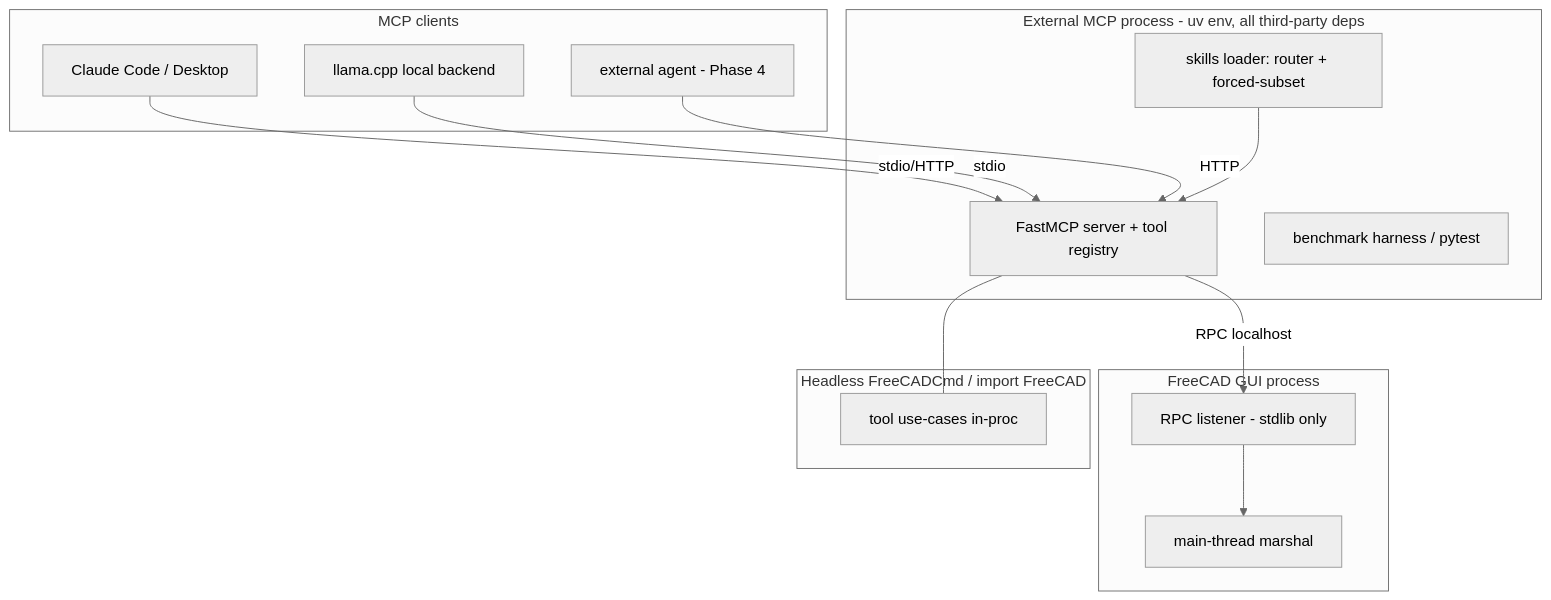
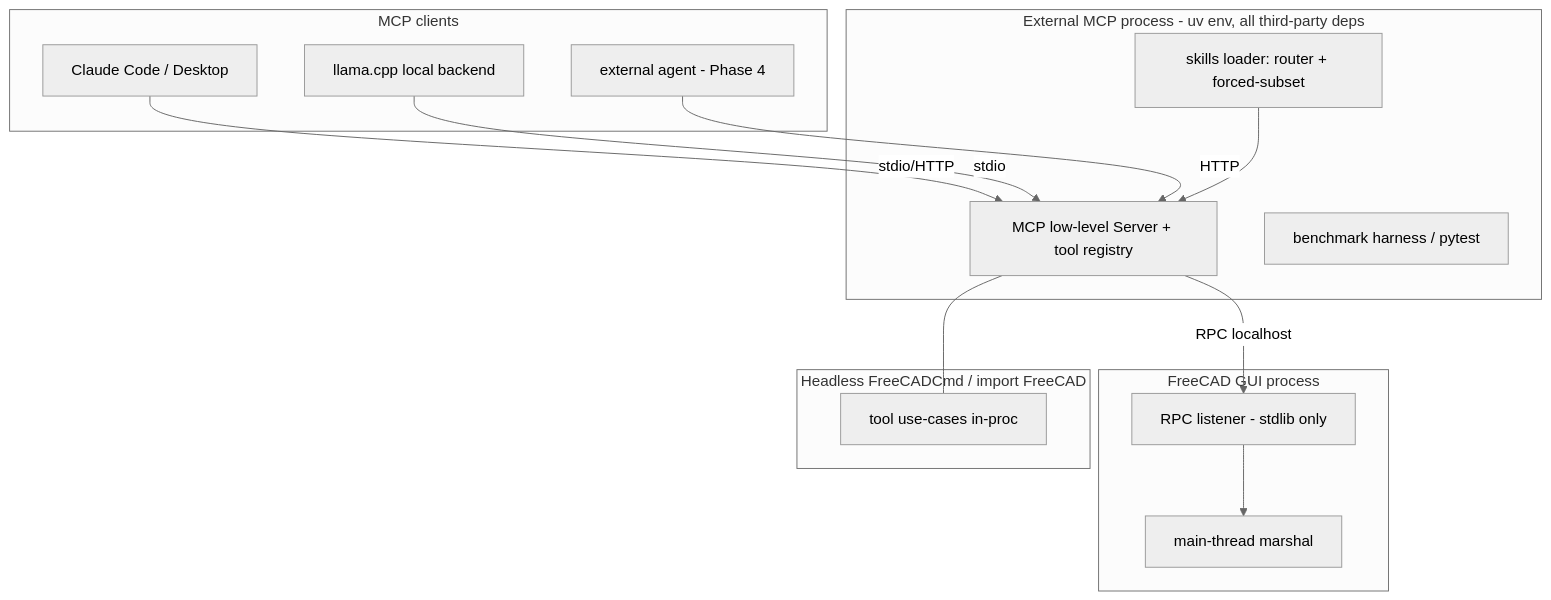
The second of 2 diagrams in _bmad-output/planning-artifacts/architecture/architecture-freecad-buddy-2026-07-21/ARCHITECTURE-SPINE.md (robotics-playground/freecad-buddy), drawn with Mermaid (neutral theme) before and after one commit. The commit also changed other lines of this file and 37 other files, not shown here.

````diff
--- a/_bmad-output/planning-artifacts/architecture/architecture-freecad-buddy-2026-07-21/ARCHITECTURE-SPINE.md
+++ b/_bmad-output/planning-artifacts/architecture/architecture-freecad-buddy-2026-07-21/ARCHITECTURE-SPINE.md
@@ -262,26 +304,26 @@
 ```mermaid
 graph TB
   subgraph clients [MCP clients]
     cc[Claude Code / Desktop]
     local[llama.cpp local backend]
     a2a[external agent - Phase 4]
   end
   subgraph mcpproc [External MCP process - uv env, all third-party deps]
-    fast[FastMCP server + tool registry]
+    fast[MCP low-level Server + tool registry]
     harness[benchmark harness / pytest]
     skills[skills loader: router + forced-subset]
   end
   subgraph fcgui [FreeCAD GUI process]
     listener[RPC listener - stdlib only]
     marshal[main-thread marshal]
   end
   subgraph fccmd [Headless FreeCADCmd / import FreeCAD]
     core2[tool use-cases in-proc]
   end
   cc -- stdio/HTTP --> fast
   local -- stdio --> fast
   a2a -- HTTP --> fast
   fast -- RPC localhost --> listener --> marshal
   fast --- core2
   skills --> fast
 ```
````
